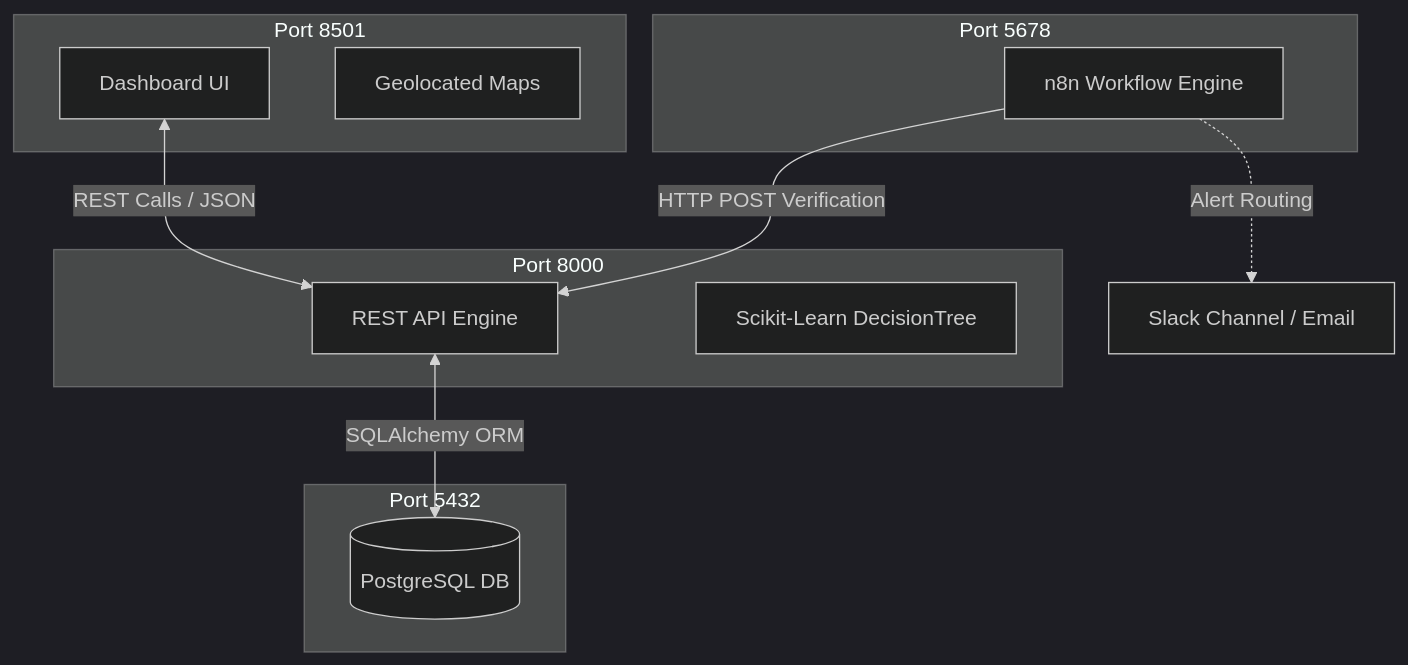
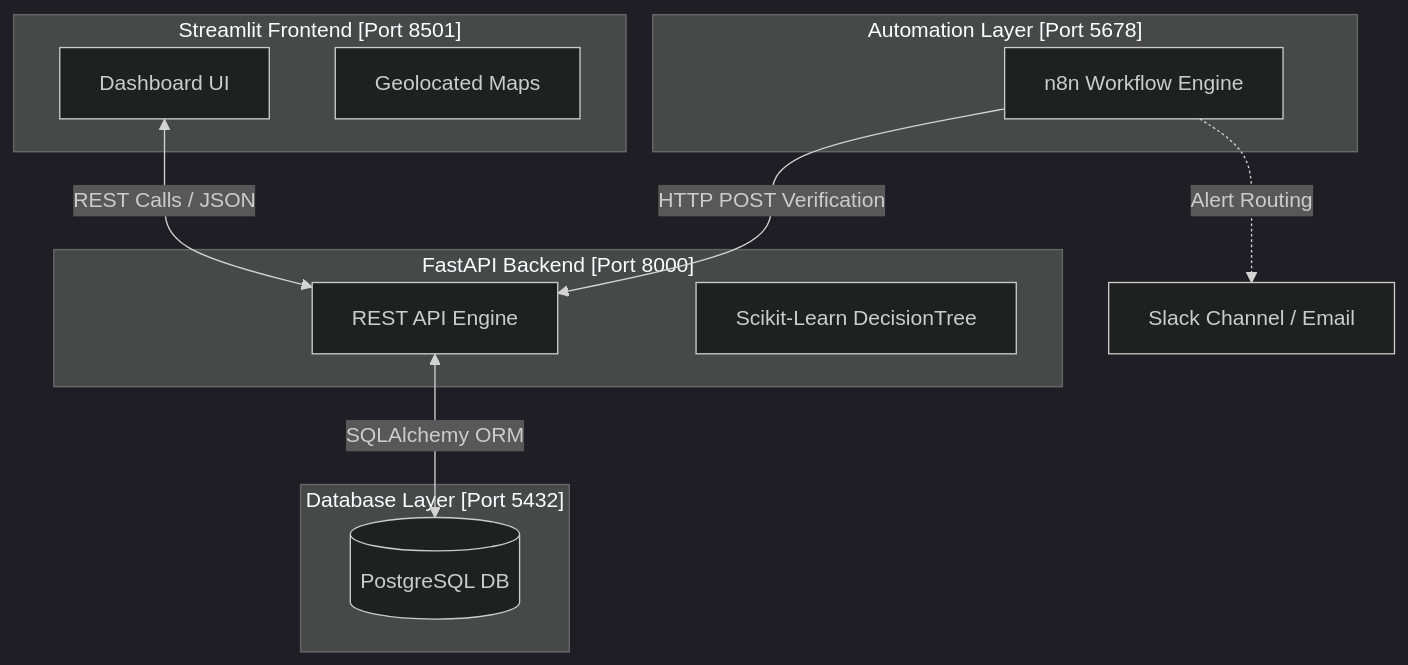
One commit to sahbounloujein20/NetVerify-Automated-Post-Intervention-Verification-and-Quality-of-Service-Platform changed the first of 3 diagrams in README.md. Above: the diagram before and after it, drawn with Mermaid (dark theme).

Commit message:
Update subgraph labels in README.md

````diff
--- a/README.md
+++ b/README.md
@@ -47,22 +47,22 @@
 ```mermaid
 flowchart TD
-    subgraph Streamlit Frontend [Port 8501]
+    subgraph frontend ["Streamlit Frontend [Port 8501]"]
         A[Dashboard UI]
         B[Geolocated Maps]
     end
-    subgraph FastAPI Backend [Port 8000]
+    subgraph backend ["FastAPI Backend [Port 8000]"]
         C[REST API Engine]
         D[Scikit-Learn DecisionTree]
     end
-    subgraph Database Layer [Port 5432]
+    subgraph database ["Database Layer [Port 5432]"]
         E[(PostgreSQL DB)]
     end
-    subgraph Automation Layer [Port 5678]
+    subgraph automation ["Automation Layer [Port 5678]"]
         F[n8n Workflow Engine]
     end
 
     A <-->|REST Calls / JSON| C
     C <-->|SQLAlchemy ORM| E
     F -->|HTTP POST Verification| C
     F -.->|Alert Routing| G[Slack Channel / Email]
 ```
````
